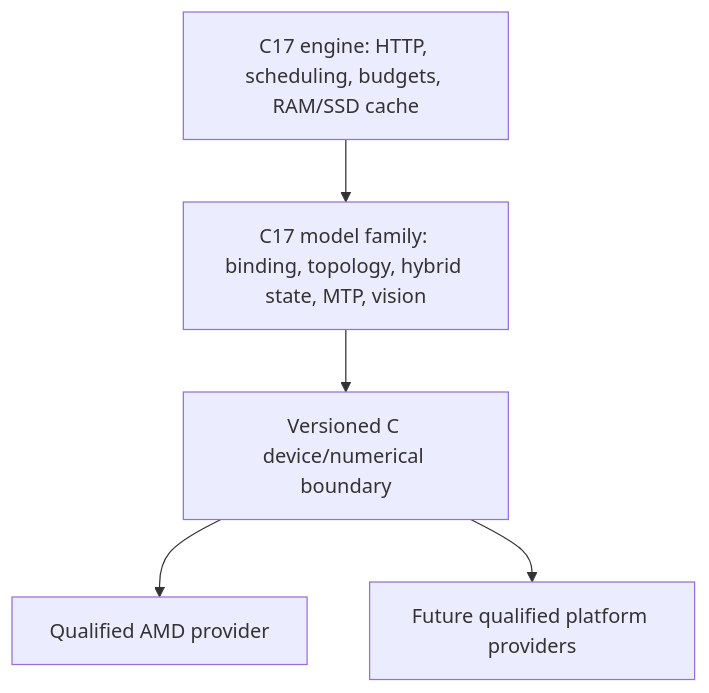
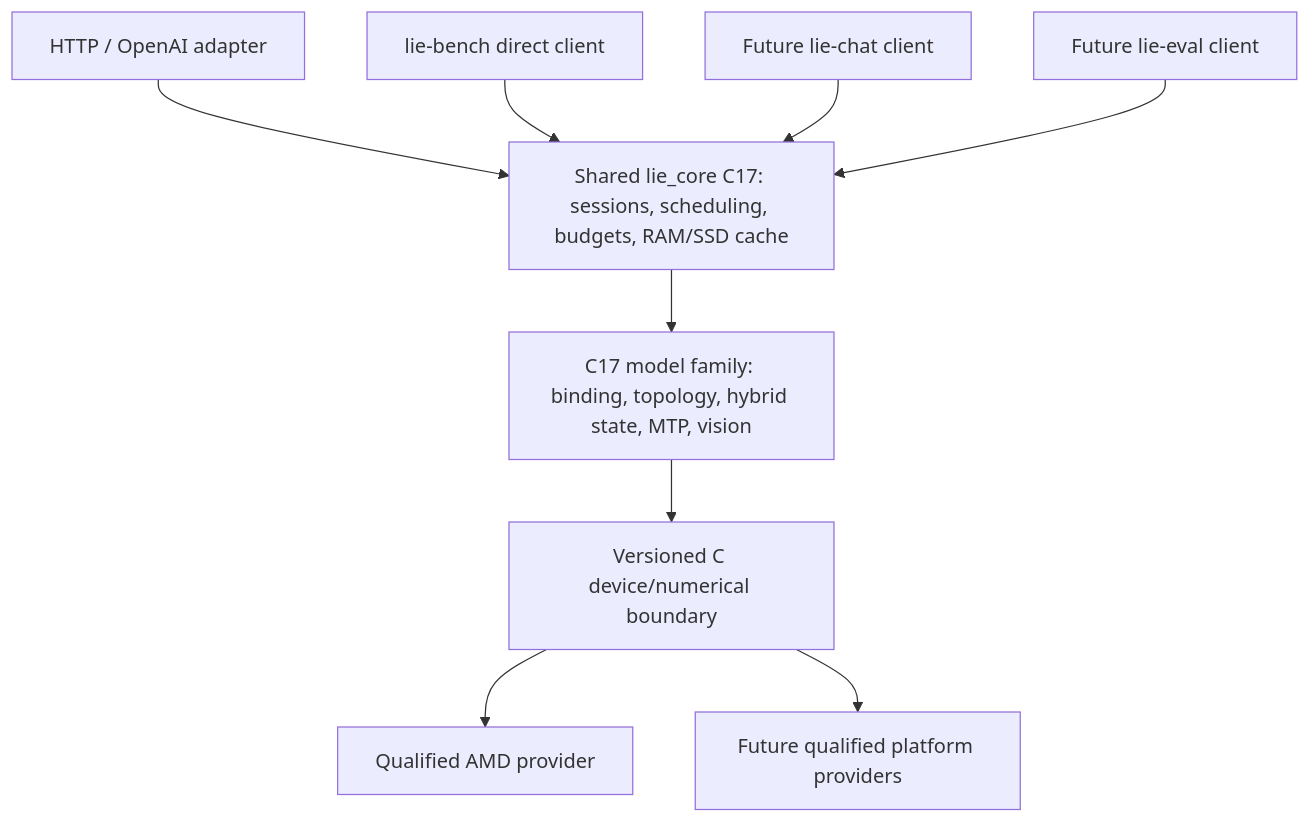
One commit to synapse-linux/synapse-lie changed the diagram in docs/ARCHITECTURE.md. Above: the diagram before and after it, drawn with Mermaid. The commit also changed other lines of this file and 6 other files, not shown here.

Commit message:
docs: require shared engine core independent of HTTP clients

````diff
--- a/docs/ARCHITECTURE.md
+++ b/docs/ARCHITECTURE.md
@@ -114,11 +114,19 @@
 ```mermaid
 flowchart TD
-    A["C17 engine: HTTP, scheduling, budgets, RAM/SSD cache"]
+    H["HTTP / OpenAI adapter"]
+    T["lie-bench direct client"]
+    U["Future lie-chat client"]
+    V["Future lie-eval client"]
+    A["Shared lie_core C17: sessions, scheduling, budgets, RAM/SSD cache"]
     B["C17 model family: binding, topology, hybrid state, MTP, vision"]
     C["Versioned C device/numerical boundary"]
     D["Qualified AMD provider"]
     E["Future qualified platform providers"]
+    H --> A
+    T --> A
+    U --> A
+    V --> A
     A --> B --> C
     C --> D
     C --> E
 ```
````
